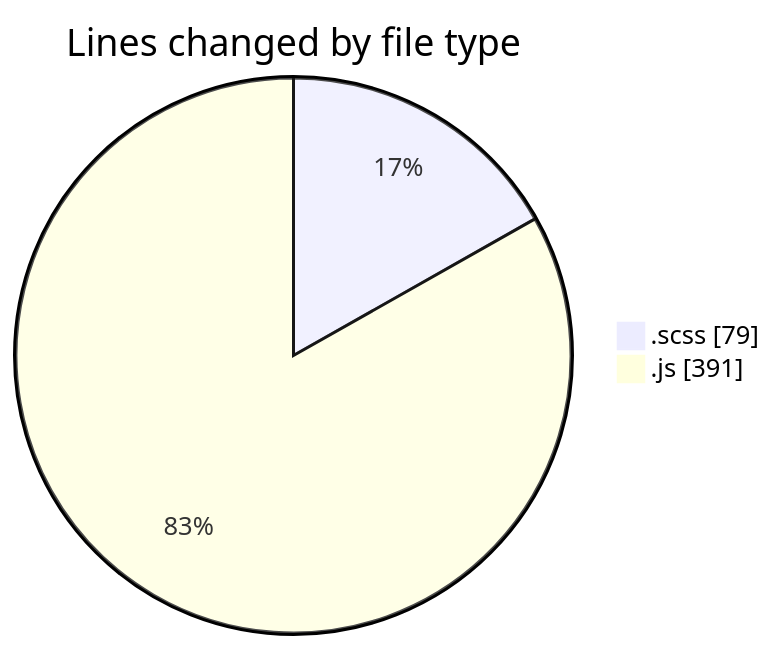
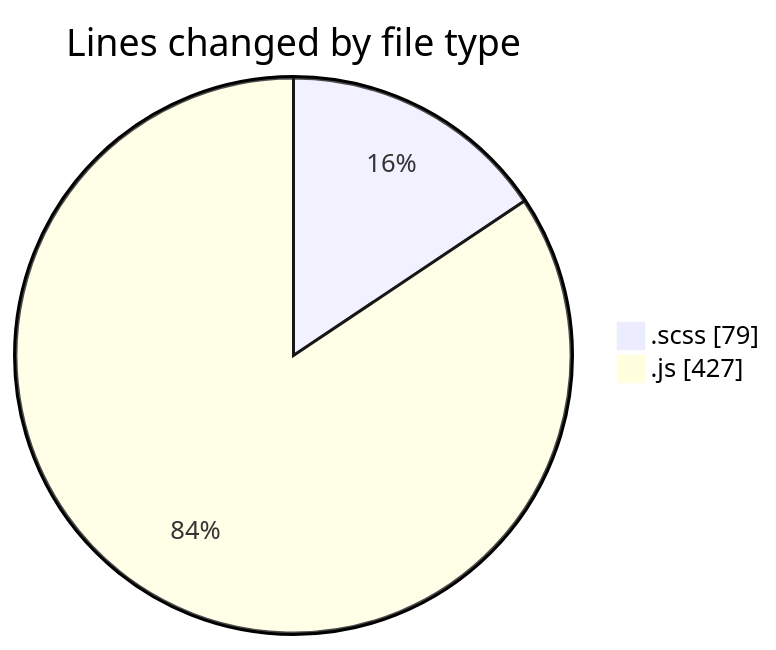
Before and after one commit to momahboobian/code-tracking: the first of 2 diagrams in 2025-03-17/cda/README.md, drawn with Mermaid. The commit also changed other lines of this file and 1 other file, not shown here.

````diff
--- a/2025-03-17/cda/README.md
+++ b/2025-03-17/cda/README.md
@@ -21,6 +21,6 @@
 ```mermaid
 pie showData
 title Lines changed by file type
 ".scss" : 79
-".js" : 391
+".js" : 427
 ```
````
